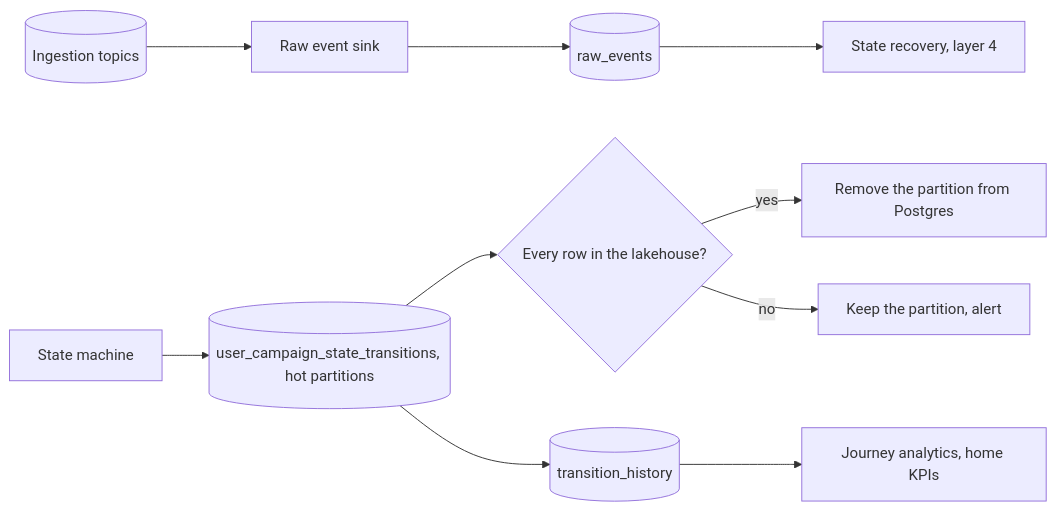
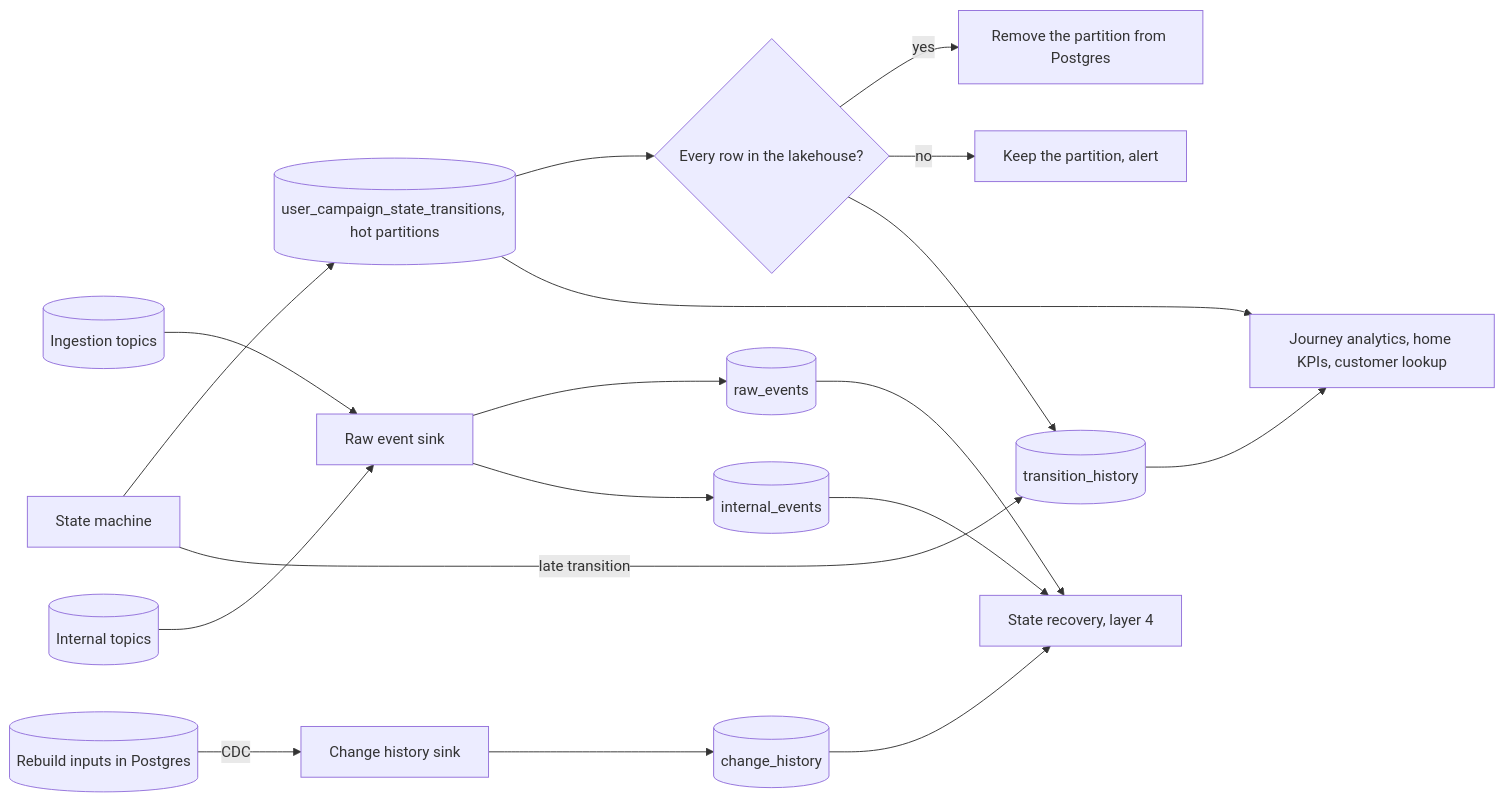
One commit to 18120158binh/salarose changed the diagram in docs/internal/architecture/components/lakehouse.md. Above: the diagram before and after it, drawn with Mermaid. The commit also changed other lines of this file and 46 other files, not shown here.

````diff
--- a/docs/internal/architecture/components/lakehouse.md
+++ b/docs/internal/architecture/components/lakehouse.md
@@ -57,12 +69,20 @@
 ```mermaid
 flowchart LR
 	topics[(Ingestion topics)] --> rawsink[Raw event sink]
 	rawsink --> raw[(raw_events)]
 	sm[State machine] --> hot[(user_campaign_state_transitions, hot partitions)]
+	sm -- late transition --> hist
 	hot --> move{Every row in the lakehouse?}
 	move -- yes --> drop[Remove the partition from Postgres]
 	move -- no --> keep[Keep the partition, alert]
-	hot --> hist[(transition_history)]
+	move --> hist[(transition_history)]
+	internal[(Internal topics)] --> rawsink
+	rawsink --> intev[(internal_events)]
+	pgin[(Rebuild inputs in Postgres)] -- CDC --> chsink[Change history sink]
+	chsink --> changes[(change_history)]
 	raw --> rebuild[State recovery, layer 4]
-	hist --> analytics[Journey analytics, home KPIs]
+	intev --> rebuild
+	changes --> rebuild
+	hot --> analytics[Journey analytics, home KPIs, customer lookup]
+	hist --> analytics
 ```
````
